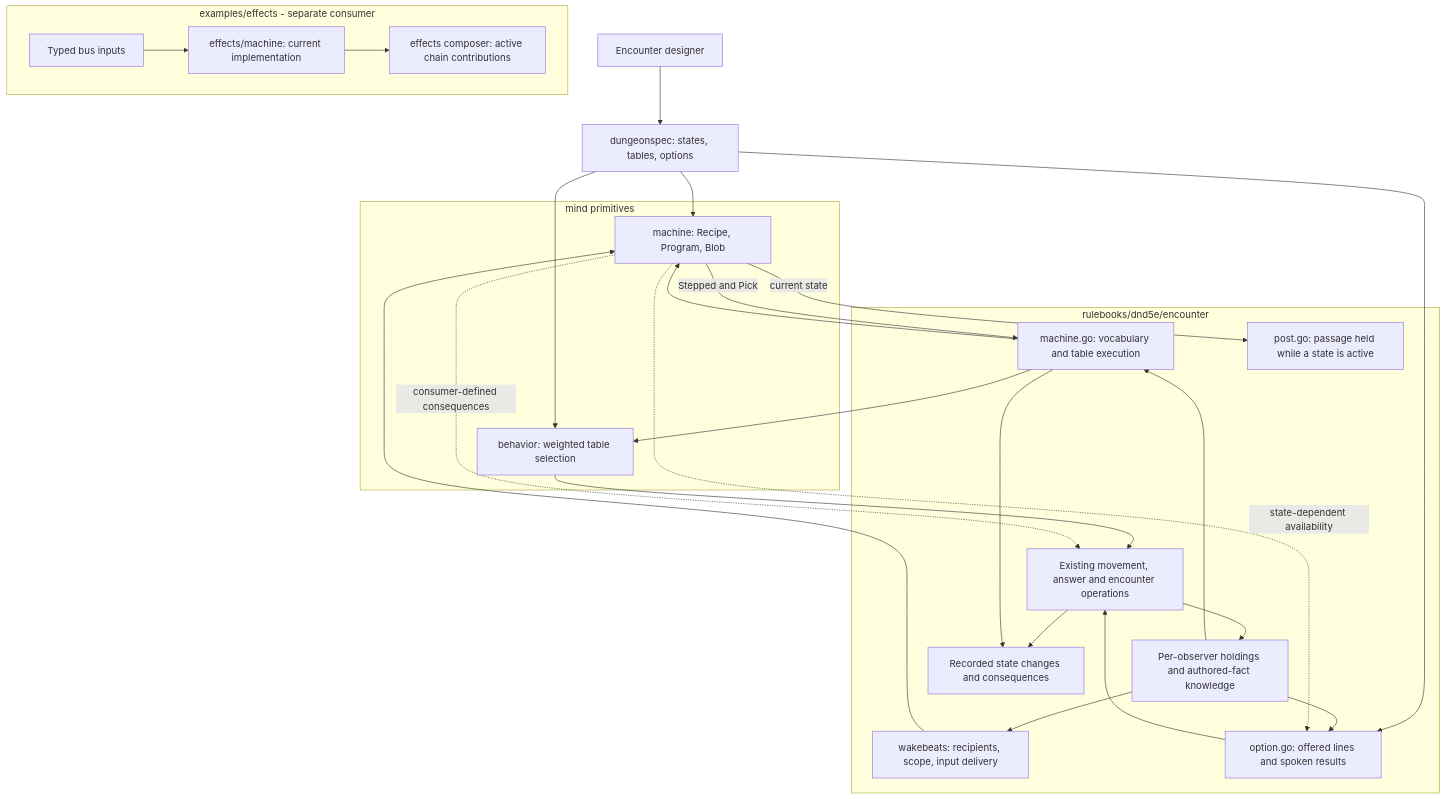
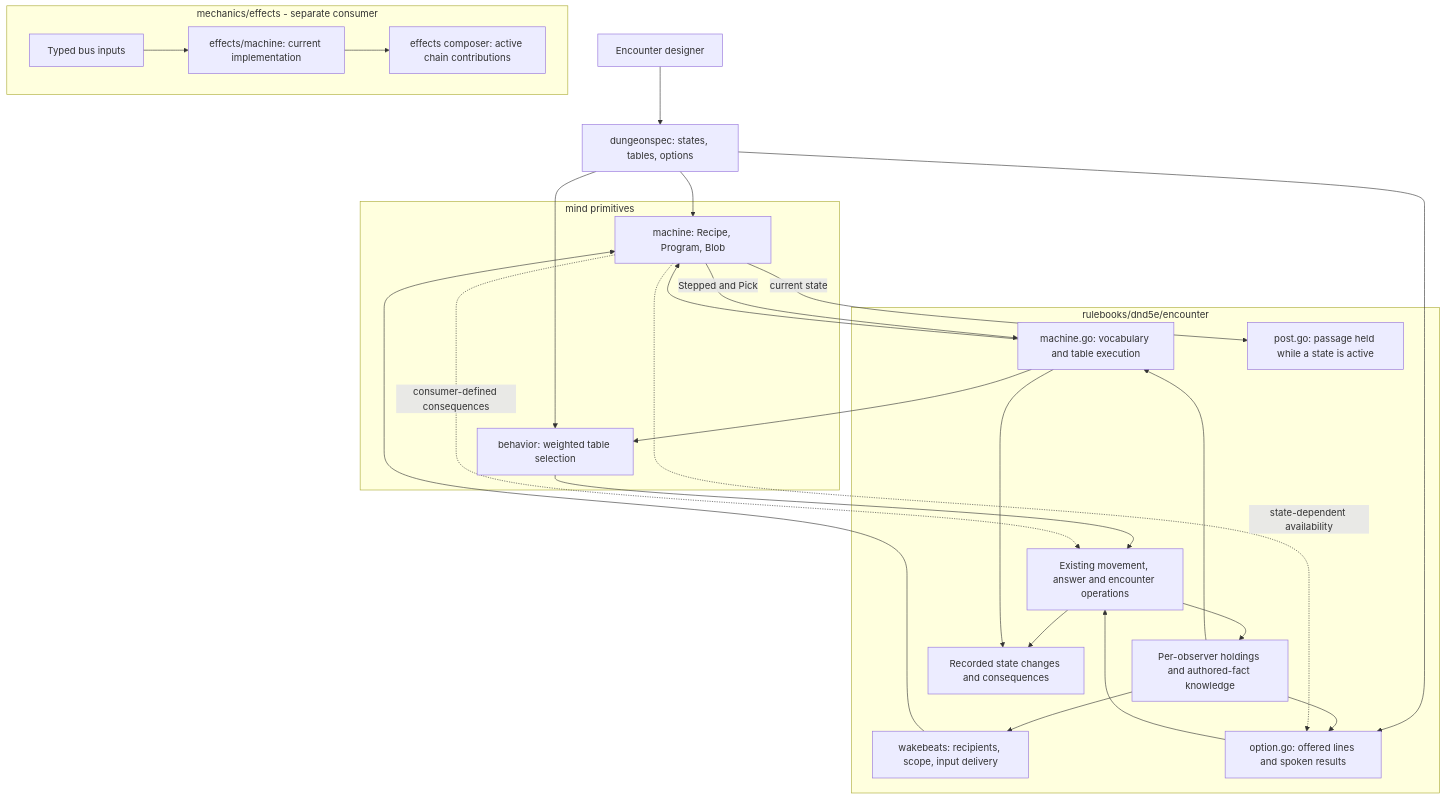
One commit to KirkDiggler/rpg-toolkit changed the diagram in docs/ideas/machine-foundation/README.md. Above: the diagram before and after it, drawn with Mermaid. The commit also changed other lines of this file and 39 other files, not shown here.

First line of the commit message:
feat(effects): extract the generic composer into mechanics

````diff
--- a/docs/ideas/machine-foundation/README.md
+++ b/docs/ideas/machine-foundation/README.md
@@ -46,39 +46,39 @@
 ```mermaid
 flowchart TD
     Author[Encounter designer] --> Dialect[dungeonspec: states, tables, options]
     subgraph encounter[rulebooks/dnd5e/encounter]
         Delivery[wakebeats: recipients, scope, input delivery]
         Knowledge[Per-observer holdings and authored-fact knowledge]
         Selection[machine.go: vocabulary and table execution]
         Options[option.go: offered lines and spoken results]
         Consequence[Existing movement, answer and encounter operations]
         Bindings[post.go: passage held while a state is active]
         Record[Recorded state changes and consequences]
     end
     subgraph mind[mind primitives]
         Machine[machine: Recipe, Program, Blob]
         Policy[behavior: weighted table selection]
     end
     Dialect --> Machine
     Dialect --> Options
     Dialect --> Policy
     Knowledge --> Delivery
     Knowledge --> Selection
     Knowledge --> Options
     Delivery --> Machine
     Selection --> Machine
     Machine -->|Stepped and Pick| Selection
     Selection --> Policy
     Policy --> Consequence
     Machine -->|current state| Bindings
     Machine -.->|state-dependent availability| Options
     Machine -.->|consumer-defined consequences| Consequence
     Options --> Consequence
     Consequence --> Knowledge
     Consequence --> Record
     Selection --> Record
-    subgraph effects[examples/effects - separate consumer]
+    subgraph effects[mechanics/effects - separate consumer]
         Bus[Typed bus inputs] --> OtherMachine[effects/machine: current implementation]
         OtherMachine --> Composer[effects composer: active chain contributions]
     end
 ```
````
